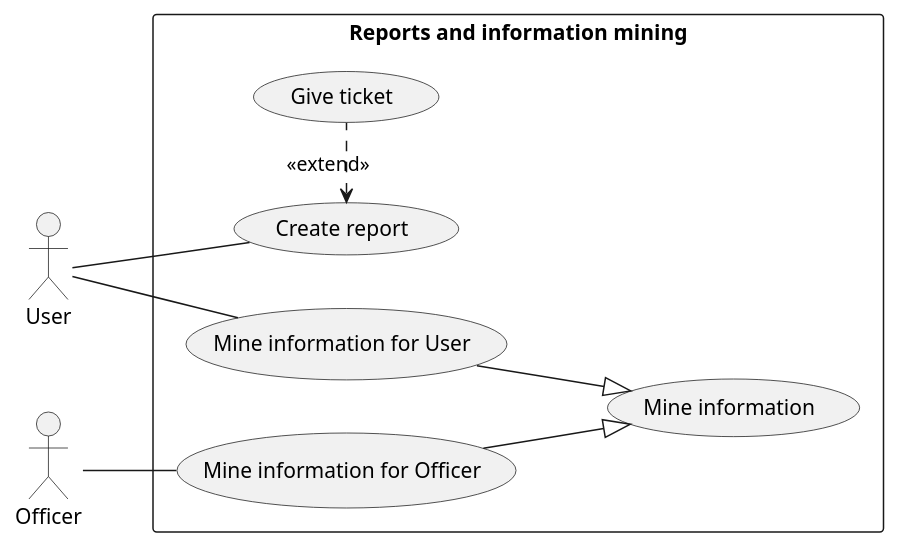
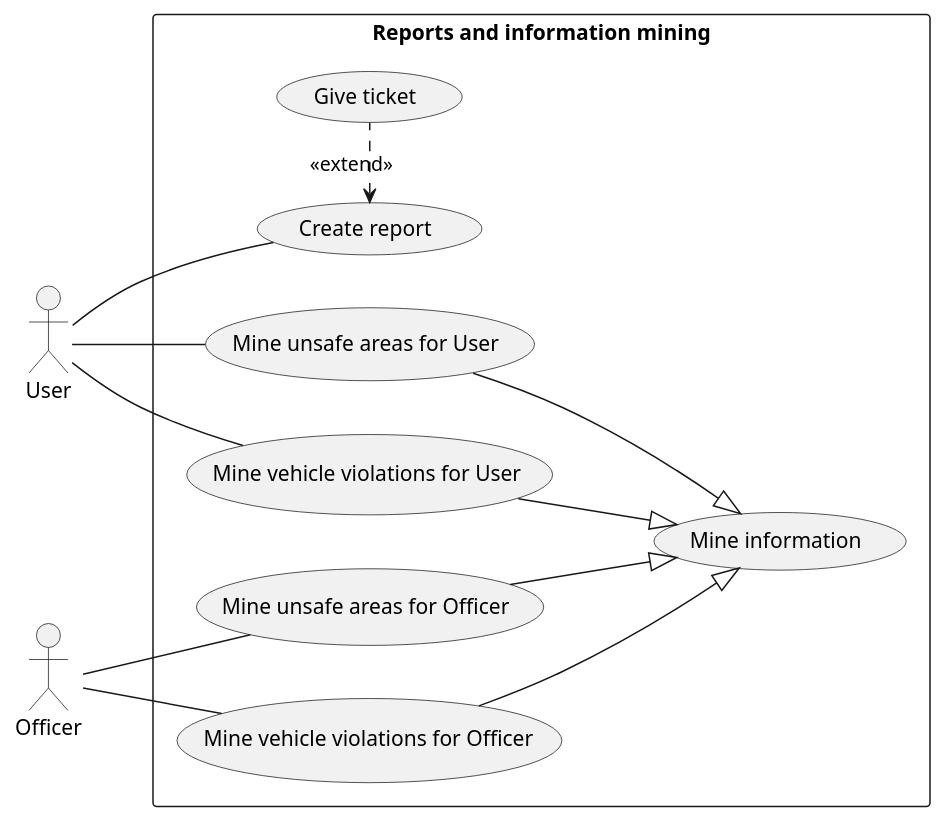
Before and after one commit to GiorgioUghini/SafeStreets: the second of 3 diagrams in RASD/materials/uml/useCases/useCaseDiagrams.wsd, drawn with PlantUML. The commit also changed other lines of this file and 13 other files, not shown here.

Commit message:
Add remaining use case diagrams

```diff
--- a/RASD/materials/uml/useCases/useCaseDiagrams.wsd
+++ b/RASD/materials/uml/useCases/useCaseDiagrams.wsd
@@ -17,22 +17,28 @@
 @startuml uc_report_and_information_mining
     left to right direction
     skinparam packageStyle rectangle
 
     actor User as U
     actor Officer as O
 
     rectangle "Reports and information mining" {
         (Create report) as CR
         (Give ticket) as GT
         (Mine information) as MI
-        (Mine information for User) as MIU
-        (Mine information for Officer) as MIO
+        (Mine unsafe areas for User) as MIUAU
+        (Mine vehicle violations for User) as MVVU
+        (Mine unsafe areas for Officer) as MIUAO
+        (Mine vehicle violations for Officer) as MVVO
 
         U -- CR
-        U -- MIU
-        O -- MIO
+        U -- MIUAU
+        U -- MVVU
+        O -- MIUAO
+        O -- MVVO
         CR <. GT : <<extend>>
-        MIU --|> MI
-        MIO --|> MI
+        MIUAU --|> MI
+        MVVU --|> MI
+        MIUAO --|> MI
+        MVVO --|> MI
     }
 @enduml
```
